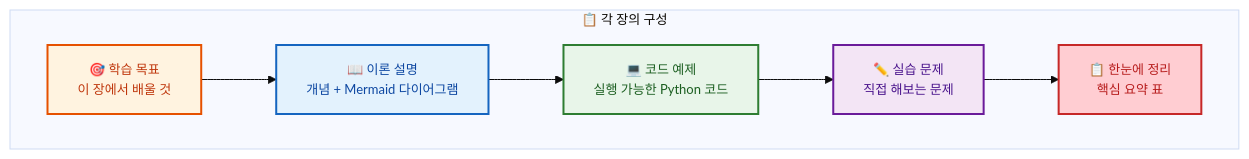
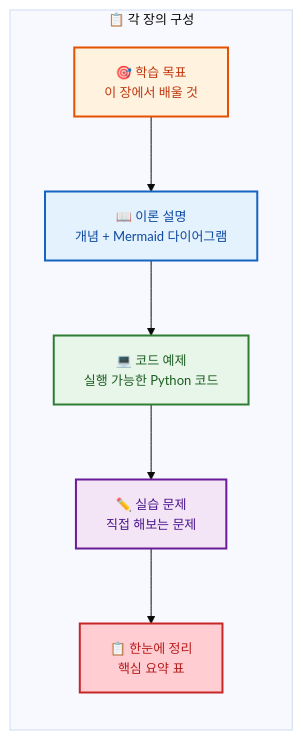
One commit to jingu279/Document changed diagram 16 of 18 in ai-programming/README.md. Above: the diagram before and after it, drawn with Mermaid. The commit also changed other lines of this file, not shown here.

First line of the commit message:
Fix all 18 README Mermaid figures: remove redundant direction, edges inside subgraphs

````diff
--- a/ai-programming/README.md
+++ b/ai-programming/README.md
@@ -660,25 +648,24 @@
 ```mermaid
 %%{init: {'theme': 'base', 'themeVariables': {'fontSize': '13px'}}}%%
 flowchart LR
   subgraph Chapter[📋 각 장의 구성]
-    direction LR
     Goals["🎯 학습 목표<br/>이 장에서 배울 것"]
     Theory["📖 이론 설명<br/>개념 + Mermaid 다이어그램"]
     Code["💻 코드 예제<br/>실행 가능한 Python 코드"]
     Practice["✏️ 실습 문제<br/>직접 해보는 문제"]
     Summary["📋 한눈에 정리<br/>핵심 요약 표"]
+  Goals --> Theory --> Code --> Practice --> Summary
   end
 
-  Goals --> Theory --> Code --> Practice --> Summary
 
   classDef goal fill:#fff3e0,stroke:#e65100,stroke-width:2px,color:#bf360c
   classDef theory fill:#e3f2fd,stroke:#1565c0,stroke-width:2px,color:#0d47a1
   classDef code fill:#e8f5e9,stroke:#2e7d32,stroke-width:2px,color:#1b5e20
   classDef practice fill:#f3e5f5,stroke:#6a1b9a,stroke-width:2px,color:#4a148c
   classDef summary fill:#ffcdd2,stroke:#c62828,stroke-width:2px,color:#b71c1c
   class Goals goal
   class Theory theory
   class Code code
   class Practice practice
   class Summary summary
 ```
````
